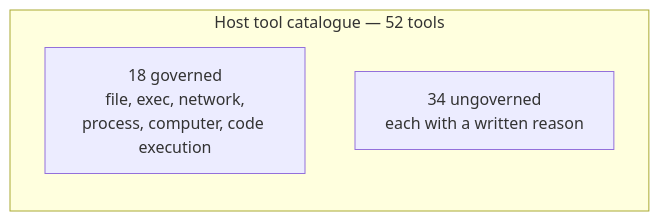
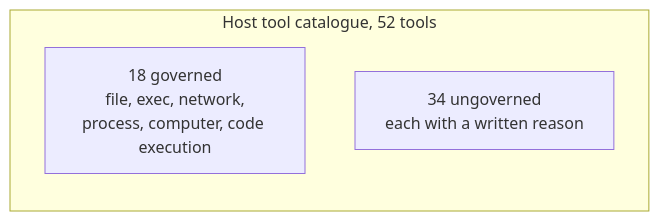
Before and after one commit to KinanRadaideh/openclaw-governance-layer: diagram 15 of 21 in docs-notes/FIGURES.md, drawn with Mermaid. The commit also changed other lines of this file and 245 other files, not shown here.

````diff
--- a/docs-notes/FIGURES.md
+++ b/docs-notes/FIGURES.md
@@ -1322,7 +1322,7 @@
 ```mermaid
 flowchart LR
-  subgraph C["Host tool catalogue — 52 tools"]
+  subgraph C["Host tool catalogue, 52 tools"]
     G["18 governed<br/>file, exec, network,<br/>process, computer, code execution"]
     N["34 ungoverned<br/>each with a written reason"]
   end
 ```
````
